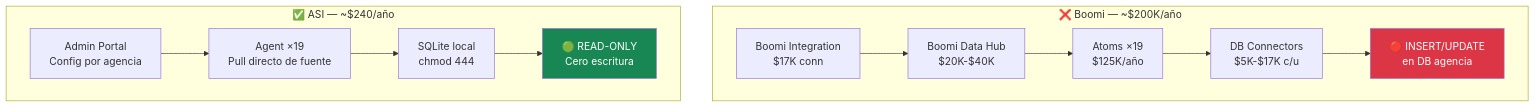
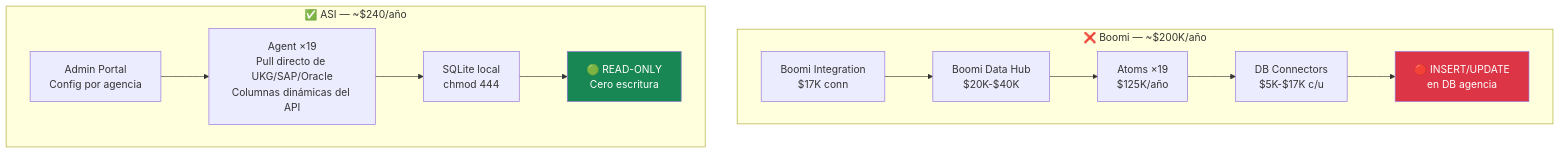
Before and after one commit to jcollazo/asi-deploy-hub: the eighth of 8 diagrams in docs/ARCHITECTURE_MERMAID.md, drawn with Mermaid. The commit also changed other lines of this file and 1 other file, not shown here.

First line of the commit message:
docs: actualizar diagramas y guía — columnas dinámicas del API

````diff
--- a/docs/ARCHITECTURE_MERMAID.md
+++ b/docs/ARCHITECTURE_MERMAID.md
@@ -287,23 +301,23 @@
 ```mermaid
 graph TB
     subgraph Boomi["❌ Boomi — ~$200K/año"]
         B1["Boomi Integration<br/>$17K conn"]
         B2["Boomi Data Hub<br/>$20K-$40K"]
         B3["Atoms ×19<br/>$125K/año"]
         B4["DB Connectors<br/>$5K-$17K c/u"]
         B5["🔴 INSERT/UPDATE<br/>en DB agencia"]
     end
 
     subgraph ASI["✅ ASI — ~$240/año"]
         A1["Admin Portal<br/>Config por agencia"]
-        A2["Agent ×19<br/>Pull directo de fuente"]
+        A2["Agent ×19<br/>Pull directo de UKG/SAP/Oracle<br/>Columnas dinámicas del API"]
         A3["SQLite local<br/>chmod 444"]
         A4["🟢 READ-ONLY<br/>Cero escritura"]
     end
 
     B1 --> B2 --> B3 --> B4 --> B5
     A1 --> A2 --> A3 --> A4
 
     style B5 fill:#DC3545,color:#fff
     style A4 fill:#198754,color:#fff
 ```
````
